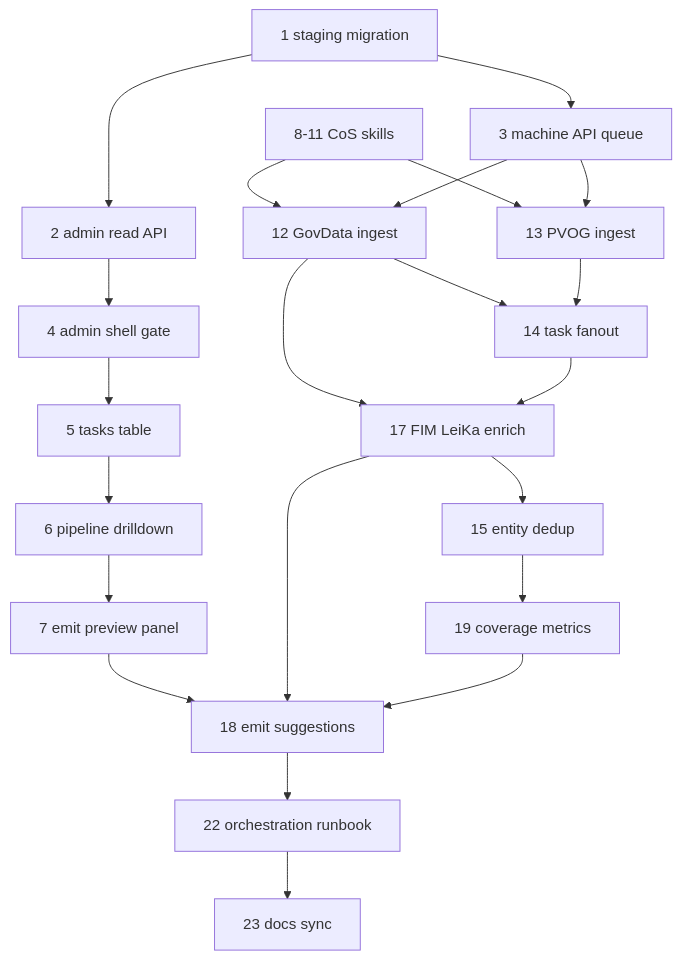
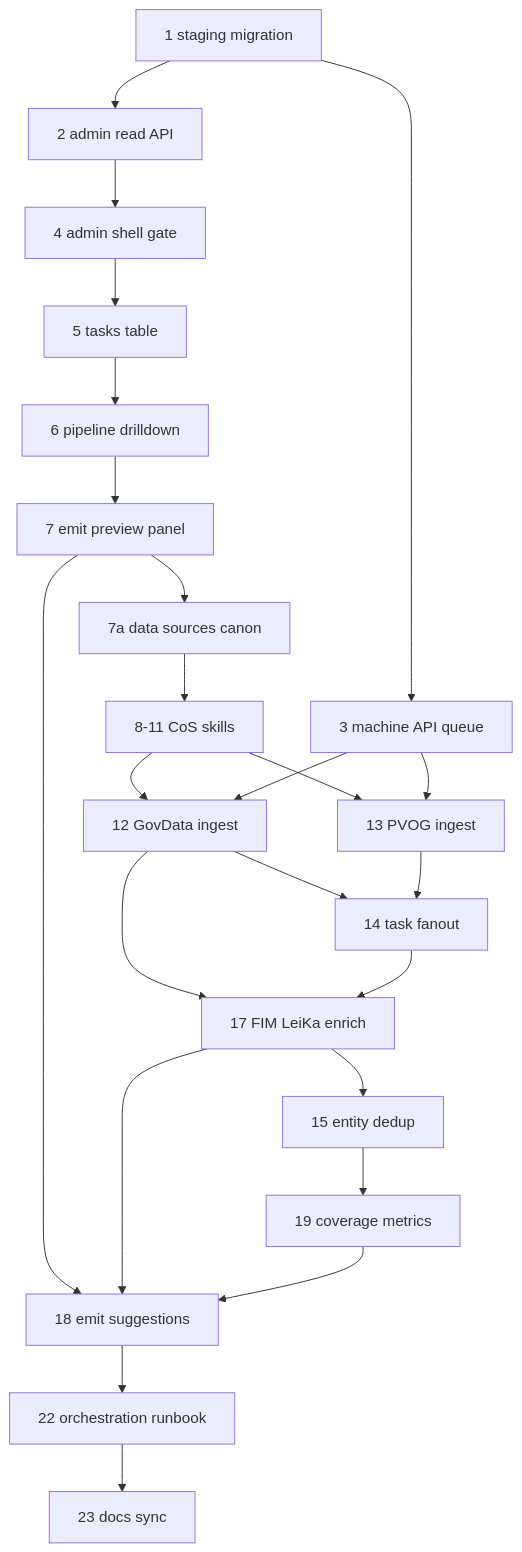
Before and after one commit to vadim-schultz/redtape: the diagram in .plans/discovery-layer/01-rollout.md, drawn with Mermaid. The commit also changed other lines of this file and 21 other files, not shown here.

First line of the commit message:
docs(discovery): enrich plans with government data source canon

````diff
--- a/.plans/discovery-layer/01-rollout.md
+++ b/.plans/discovery-layer/01-rollout.md
@@ -28,24 +28,26 @@
 ```mermaid
 flowchart TD
   C1[1 staging migration] --> C2[2 admin read API]
   C1 --> C3[3 machine API queue]
   C2 --> C4[4 admin shell gate]
   C4 --> C5[5 tasks table]
   C5 --> C6[6 pipeline drilldown]
   C6 --> C7[7 emit preview panel]
-  C8[8-11 CoS skills] --> C12[12 GovData ingest]
+  C7 --> C7a[7a data sources canon]
+  C7a --> C8[8-11 CoS skills]
+  C8 --> C12[12 GovData ingest]
   C3 --> C12
   C8 --> C13[13 PVOG ingest]
   C3 --> C13
   C12 --> C14[14 task fanout]
   C13 --> C14
   C12 --> C17[17 FIM LeiKa enrich]
   C14 --> C17
   C17 --> C15[15 entity dedup]
   C15 --> C19[19 coverage metrics]
   C7 --> C18[18 emit suggestions]
   C17 --> C18
   C19 --> C18
   C18 --> C22[22 orchestration runbook]
   C22 --> C23[23 docs sync]
 ```
````
